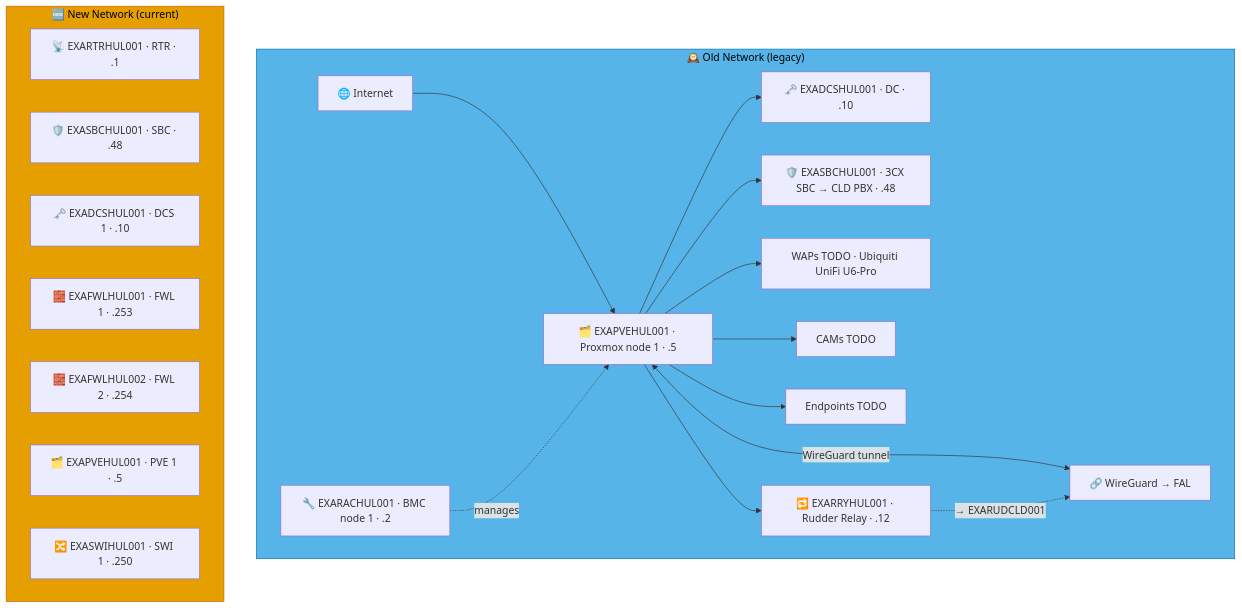
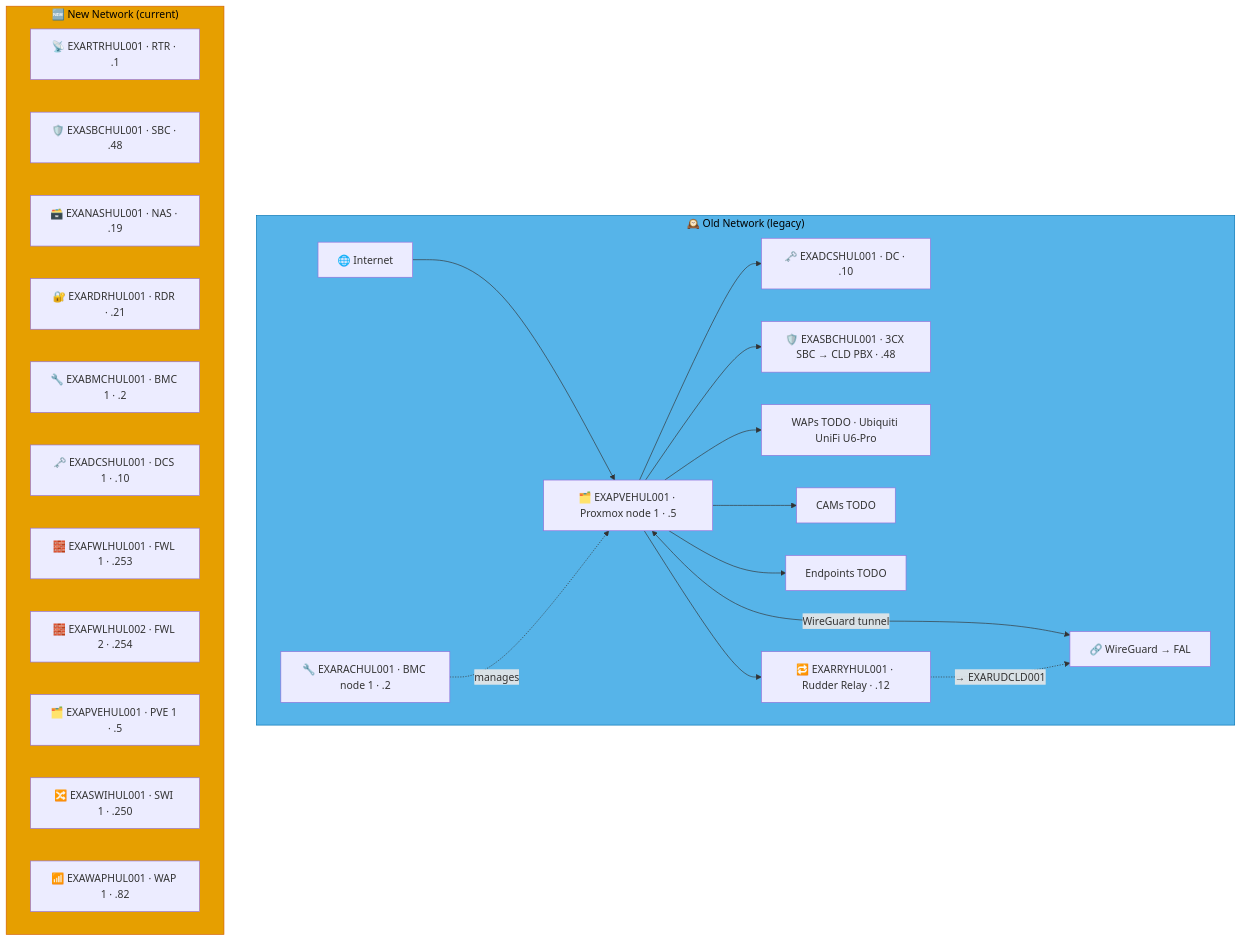
The eighth of 9 diagrams in docs/network-diagram/england.md (knightmare2600/example_music_infra), drawn with Mermaid before and after one commit. The commit also changed other lines of this file and 15 other files, not shown here.

````diff
--- a/docs/network-diagram/england.md
+++ b/docs/network-diagram/england.md
@@ -403,36 +430,40 @@
 ```mermaid
 graph TD
     subgraph OLD_HUL ["🕰️ Old Network (legacy)"]
       INET["🌐 Internet"]
       RAC["🔧 EXARACHUL001 · BMC node 1 · .2"]
       PVE["🗂️ EXAPVEHUL001 · Proxmox node 1 · .5"]
       DC["🗝️ EXADCSHUL001 · DC · .10"]
       SBC["🛡️ EXASBCHUL001 · 3CX SBC → CLD PBX · .48"]
       RRY["🔁 EXARRYHUL001 · Rudder Relay · .12"]
       WAP["WAPs TODO · Ubiquiti UniFi U6-Pro"]
       CAM["CAMs TODO"]
       EP["Endpoints TODO"]
       VPN["🔗 WireGuard → FAL"]
 
       INET --> PVE --> DC & SBC
       RAC -.->|"manages"| PVE
       PVE --> WAP & CAM & EP
       PVE <-->|"WireGuard tunnel"| VPN
 
       PVE --> RRY
       RRY -. "→ EXARUDCLD001" .-> VPN
     end
     style OLD_HUL fill:#56B4E9,stroke:#0072B2,color:#000000
     %% GENERATED:NEW-NETWORK:HUL:START
     subgraph NEW_HUL ["🆕 New Network (current)"]
       N_RTR["📡 EXARTRHUL001 · RTR · .1"]
       N_SBC["🛡️ EXASBCHUL001 · SBC · .48"]
+      N_NAS["🗃️ EXANASHUL001 · NAS · .19"]
+      N_RDR["🔐 EXARDRHUL001 · RDR · .21"]
+      N_BMC["🔧 EXABMCHUL001 · BMC 1 · .2"]
       N_DCS["🗝️ EXADCSHUL001 · DCS 1 · .10"]
       N_FWL["🧱 EXAFWLHUL001 · FWL 1 · .253"]
       N_FWL2["🧱 EXAFWLHUL002 · FWL 2 · .254"]
       N_PVE["🗂️ EXAPVEHUL001 · PVE 1 · .5"]
       N_SWI["🔀 EXASWIHUL001 · SWI 1 · .250"]
+      N_WAP["📶 EXAWAPHUL001 · WAP 1 · .82"]
     end
     style NEW_HUL fill:#E69F00,stroke:#D55E00,color:#000000
     %% GENERATED:NEW-NETWORK:HUL:END
 ```
````
